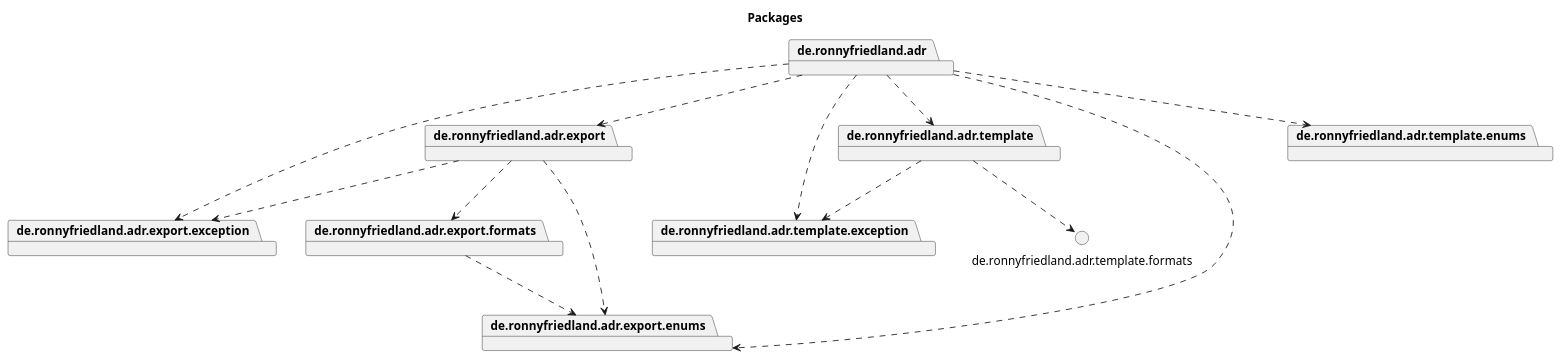
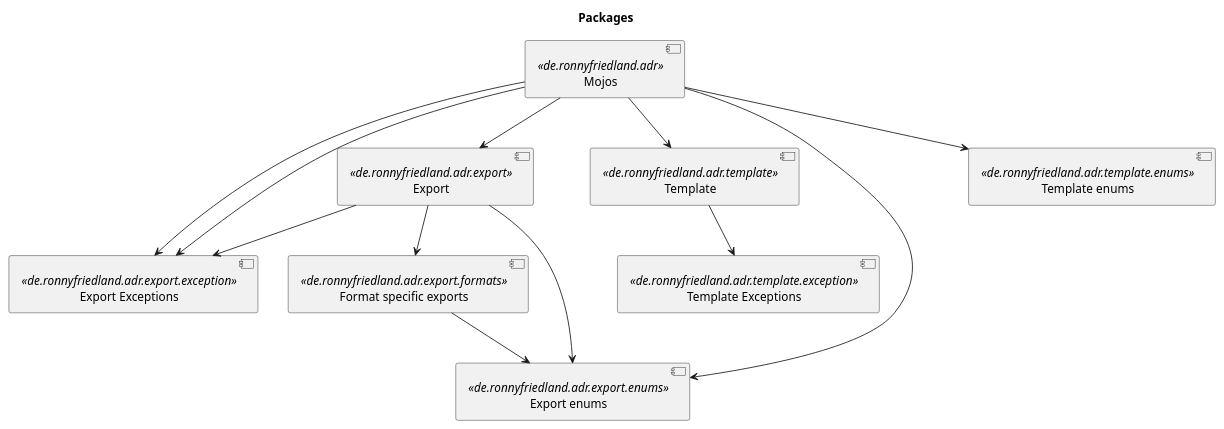
The diagram in adr-maven-plugin/src/main/resources/packages.puml (ronnyfriedland/adr-maven-plugin), drawn with PlantUML before and after one commit. The commit also changed 2 other files, not shown here.

Commit message:
Fix diagram to met archunit requirements
Addresses: #27

```diff
--- a/adr-maven-plugin/src/main/resources/packages.puml
+++ b/adr-maven-plugin/src/main/resources/packages.puml
@@ -1,26 +1,26 @@
 @startuml
 
 title Packages
 
-package de.ronnyfriedland.adr
-package de.ronnyfriedland.adr.export
-package de.ronnyfriedland.adr.export.exception
-package de.ronnyfriedland.adr.export.formats
-package de.ronnyfriedland.adr.template
-package de.ronnyfriedland.adr.template.exception
-package de.ronnyfriedland.adr.export.enums
-package de.ronnyfriedland.adr.template.enums
-de.ronnyfriedland.adr ..> de.ronnyfriedland.adr.template
-de.ronnyfriedland.adr ..> de.ronnyfriedland.adr.template.exception
-de.ronnyfriedland.adr ..> de.ronnyfriedland.adr.template.enums
-de.ronnyfriedland.adr ..> de.ronnyfriedland.adr.export
-de.ronnyfriedland.adr ..> de.ronnyfriedland.adr.export.exception
-de.ronnyfriedland.adr ..> de.ronnyfriedland.adr.export.enums
-de.ronnyfriedland.adr.export ..> de.ronnyfriedland.adr.export.exception
-de.ronnyfriedland.adr.export ..> de.ronnyfriedland.adr.export.enums
-de.ronnyfriedland.adr.export ..> de.ronnyfriedland.adr.export.formats
-de.ronnyfriedland.adr.export.formats ..> de.ronnyfriedland.adr.export.enums
-de.ronnyfriedland.adr.template ..> de.ronnyfriedland.adr.template.exception
-de.ronnyfriedland.adr.template ..> de.ronnyfriedland.adr.template.formats
+[Mojos] <<de.ronnyfriedland.adr>> as mojos
+[Export] <<de.ronnyfriedland.adr.export>> as export
+[Export Exceptions] <<de.ronnyfriedland.adr.export.exception>> as export_exceptions
+[Format specific exports] <<de.ronnyfriedland.adr.export.formats>> as export_formats
+[Template] <<de.ronnyfriedland.adr.template>> as template
+[Template Exceptions] <<de.ronnyfriedland.adr.template.exception>> as template_exceptions
+[Export enums] <<de.ronnyfriedland.adr.export.enums>> as export_enums
+[Template enums] <<de.ronnyfriedland.adr.template.enums>> as template_enums
+
+mojos --> template
+mojos --> export_exceptions
+mojos --> template_enums
+mojos --> export
+mojos --> export_exceptions
+mojos --> export_enums
+export --> export_exceptions
+export --> export_enums
+export --> export_formats
+export_formats --> export_enums
+template --> template_exceptions
 
 @enduml
```
